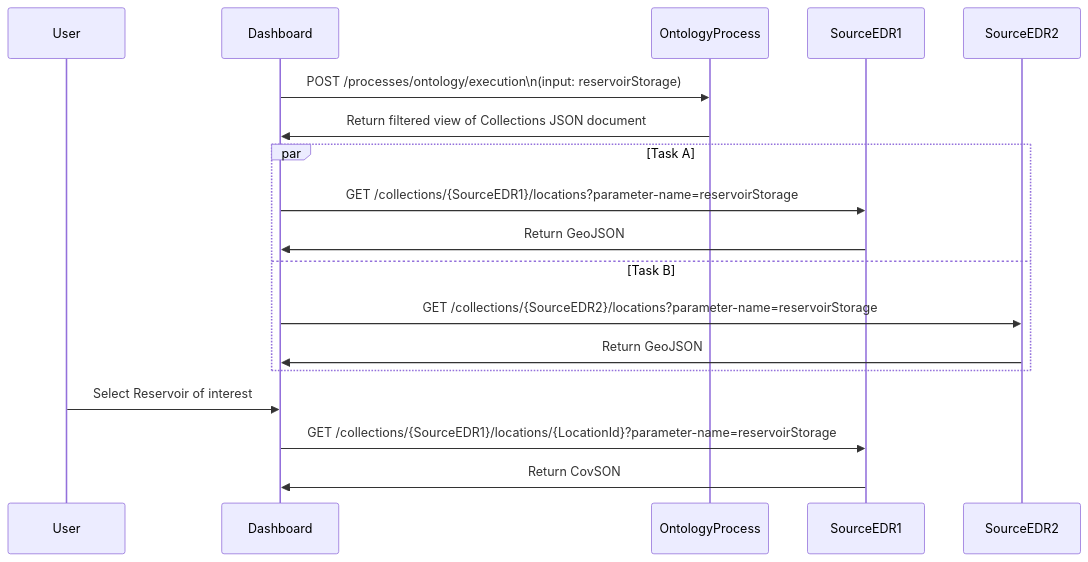
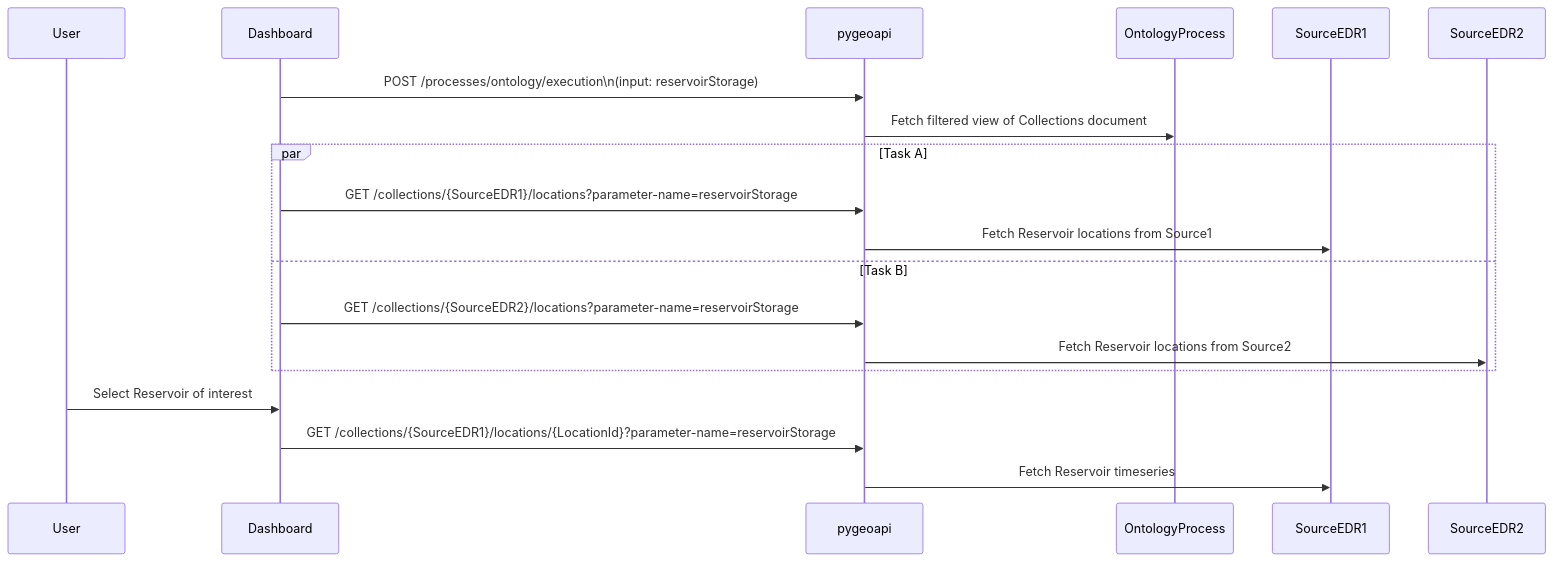
One commit to internetofwater/Western-Water-Datahub changed the first of 2 diagrams in docs/ontology.md. Above: the diagram before and after it, drawn with Mermaid. The commit also changed other lines of this file, not shown here.

Commit message:
Add pygeoapi a mediator participant

````diff
--- a/docs/ontology.md
+++ b/docs/ontology.md
@@ -32,25 +32,27 @@
 ```mermaid
 sequenceDiagram
     participant User
     participant Dashboard
+    participant pygeoapi
     participant OntologyProcess
     participant SourceEDR1
     participant SourceEDR2
 
     %% Initial discovery via process execution
-    Dashboard->>OntologyProcess: POST /processes/ontology/execution\n(input: reservoirStorage)
-    OntologyProcess->>Dashboard: Return filtered view of Collections JSON document
+    Dashboard->>pygeoapi: POST /processes/ontology/execution\n(input: reservoirStorage)
+    pygeoapi->>OntologyProcess: Fetch filtered view of Collections document
 
     %% Loop over URLs to GeoJSON of Reservoirs
     par Task A
-        Dashboard->>SourceEDR1: GET /collections/{SourceEDR1}/locations?parameter-name=reservoirStorage
-        SourceEDR1->>Dashboard: Return GeoJSON
+        Dashboard->>pygeoapi: GET /collections/{SourceEDR1}/locations?parameter-name=reservoirStorage
+        pygeoapi->>SourceEDR1: Fetch Reservoir locations from Source1
     and Task B
-        Dashboard->>SourceEDR2: GET /collections/{SourceEDR2}/locations?parameter-name=reservoirStorage
-        SourceEDR2->>Dashboard: Return GeoJSON
+        Dashboard->>pygeoapi: GET /collections/{SourceEDR2}/locations?parameter-name=reservoirStorage
+        pygeoapi->>SourceEDR2: Fetch Reservoir locations from Source2
+
     end
 
     User->>Dashboard: Select Reservoir of interest
-    Dashboard->>SourceEDR1: GET /collections/{SourceEDR1}/locations/{LocationId}?parameter-name=reservoirStorage
-    SourceEDR1->>Dashboard: Return CovSON
+    Dashboard->>pygeoapi: GET /collections/{SourceEDR1}/locations/{LocationId}?parameter-name=reservoirStorage
+    pygeoapi->>SourceEDR1: Fetch Reservoir timeseries
 ```
````
